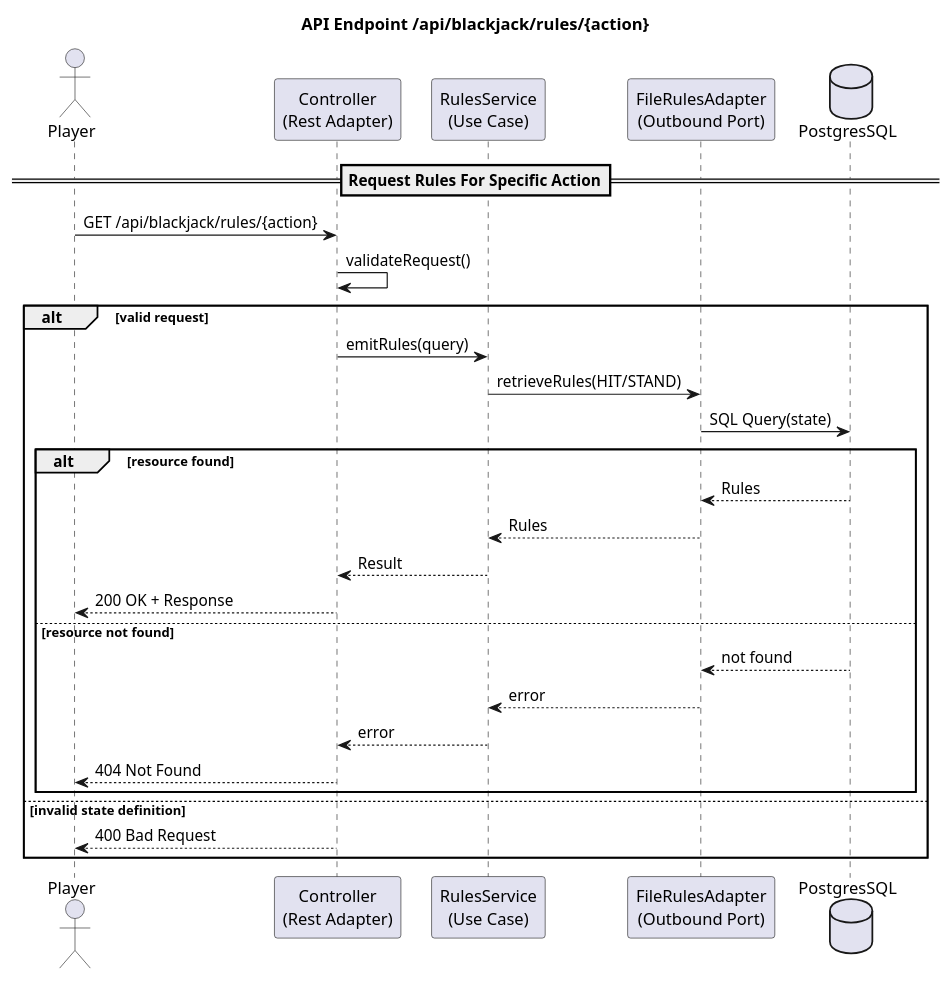
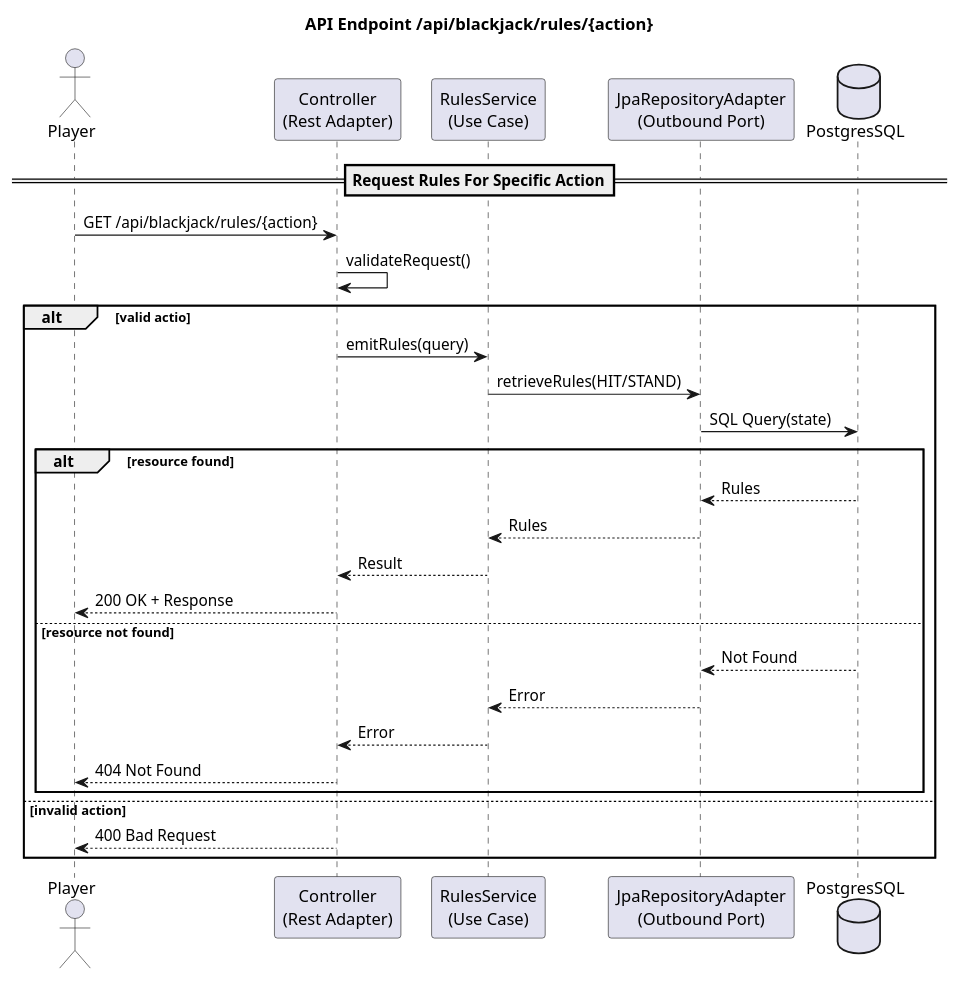
One commit to voelkerh/Blackjack changed the diagram in docs/uml/sequence_diagram_rules_action.puml. Above: the diagram before and after it, drawn with PlantUML.

Commit message:
Revise rules diagram

```diff
--- a/docs/uml/sequence_diagram_rules_action.puml
+++ b/docs/uml/sequence_diagram_rules_action.puml
@@ -1,40 +1,40 @@
 @startuml
 title API Endpoint /api/blackjack/rules/{action}
 actor Player
 
 participant "Controller\n(Rest Adapter)" as Controller
 participant "RulesService\n(Use Case)" as Service
-participant "FileRulesAdapter\n(Outbound Port)" as Adapter
+participant "JpaRepositoryAdapter\n(Outbound Port)" as Adapter
 database PostgresSQL
 
 == Request Rules For Specific Action==
 
 Player -> Controller : GET /api/blackjack/rules/{action}
 Controller -> Controller : validateRequest()
 
-alt valid request
+alt valid actio
 
         Controller -> Service : emitRules(query)
         Service -> Adapter : retrieveRules(HIT/STAND)
         Adapter -> PostgresSQL : SQL Query(state)
 
     alt resource found
         PostgresSQL --> Adapter : Rules
         Adapter --> Service : Rules
         Service --> Controller : Result
         Controller --> Player : 200 OK + Response
 
     else resource not found
-        PostgresSQL --> Adapter : not found
-        Adapter --> Service : error
-        Service --> Controller : error
+        PostgresSQL --> Adapter : Not Found
+        Adapter --> Service : Error
+        Service --> Controller : Error
         Controller --> Player : 404 Not Found
     end
 
-else invalid state definition
+else invalid action
 
     Controller --> Player : 400 Bad Request
 
 end
 
 @enduml
```
